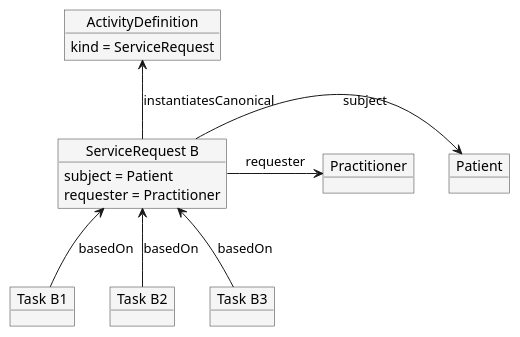
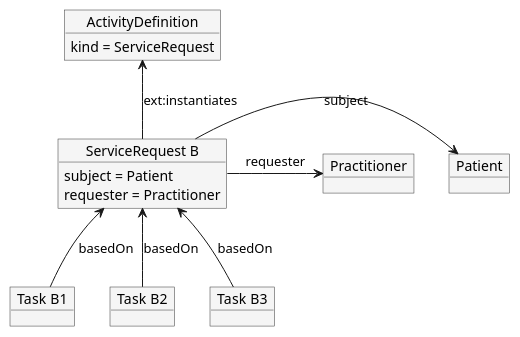
The diagram in input/images-source/memo-sr-resource-relaties.plantuml (vzvznl/Koppeltaal-2.0-FHIR), drawn with PlantUML before and after one commit. The commit also changed 2 other files, not shown here.

Commit message:
docs: instantiates extensie i.p.v. instantiatesCanonical in SR memo
Voorstel om de bestaande instantiates extensie symmetrisch op
ServiceRequest toe te passen, omdat instantiatesCanonical niet
bruikbaar bleek als zoekcriterium. Diagrammen bijgewerkt.

```diff
--- a/input/images-source/memo-sr-resource-relaties.plantuml
+++ b/input/images-source/memo-sr-resource-relaties.plantuml
@@ -1,32 +1,32 @@
 @startuml memo-sr-resource-relaties
 
 skinparam object {
   BackgroundColor #f5f5f5
   BorderColor #333333
 }
 
 object "ActivityDefinition" as AD {
   kind = ServiceRequest
 }
 
 object "ServiceRequest B" as SR {
   subject = Patient
   requester = Practitioner
 }
 
 object "Patient" as Pat
 object "Practitioner" as Prac
 
 object "Task B1" as T1
 object "Task B2" as T2
 object "Task B3" as T3
 
-SR -up-> AD : instantiatesCanonical
+SR -up-> AD : ext:instantiates
 SR -right-> Pat : subject
 SR -right-> Prac : requester
 
 T1 -up-> SR : basedOn
 T2 -up-> SR : basedOn
 T3 -up-> SR : basedOn
 
 @enduml
```
